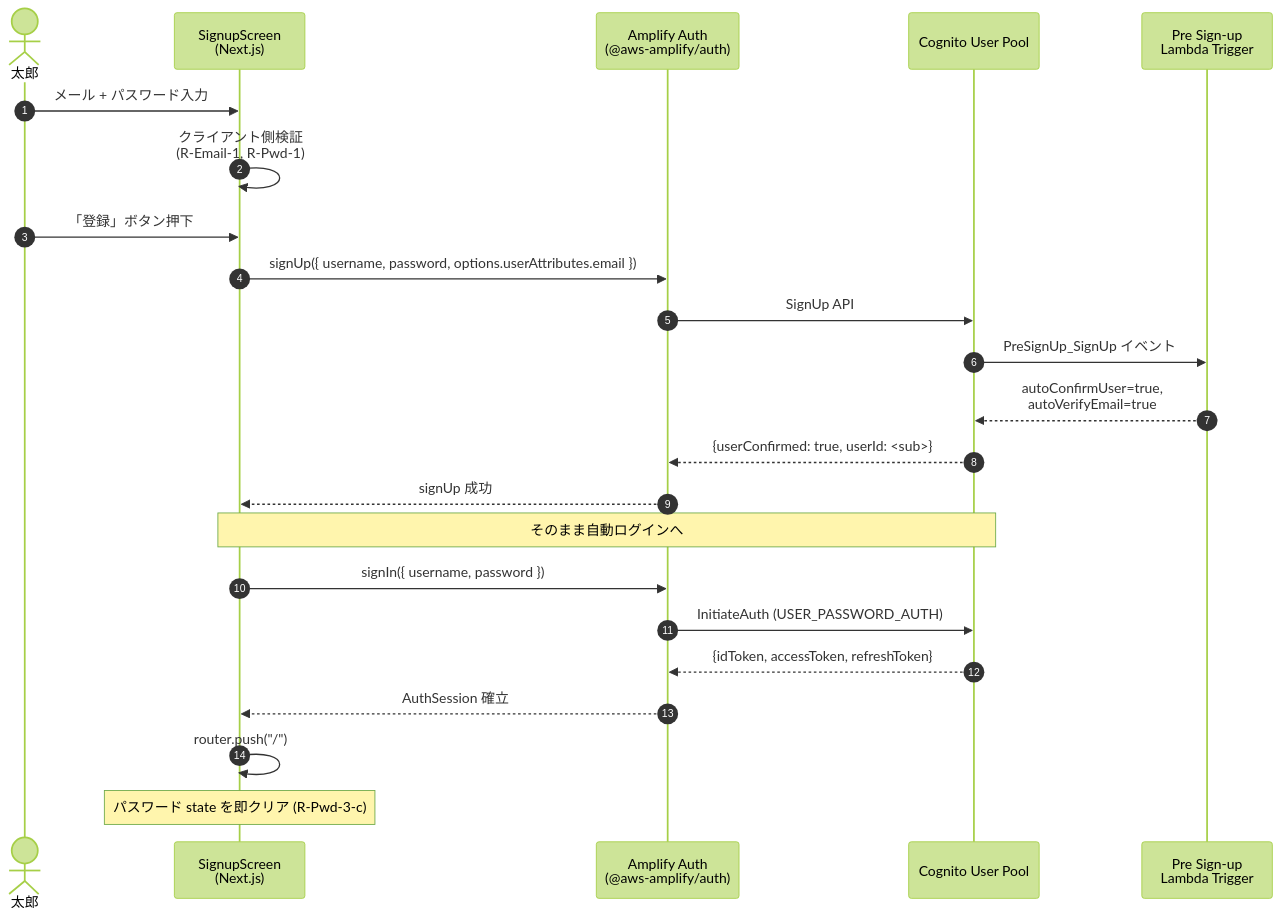
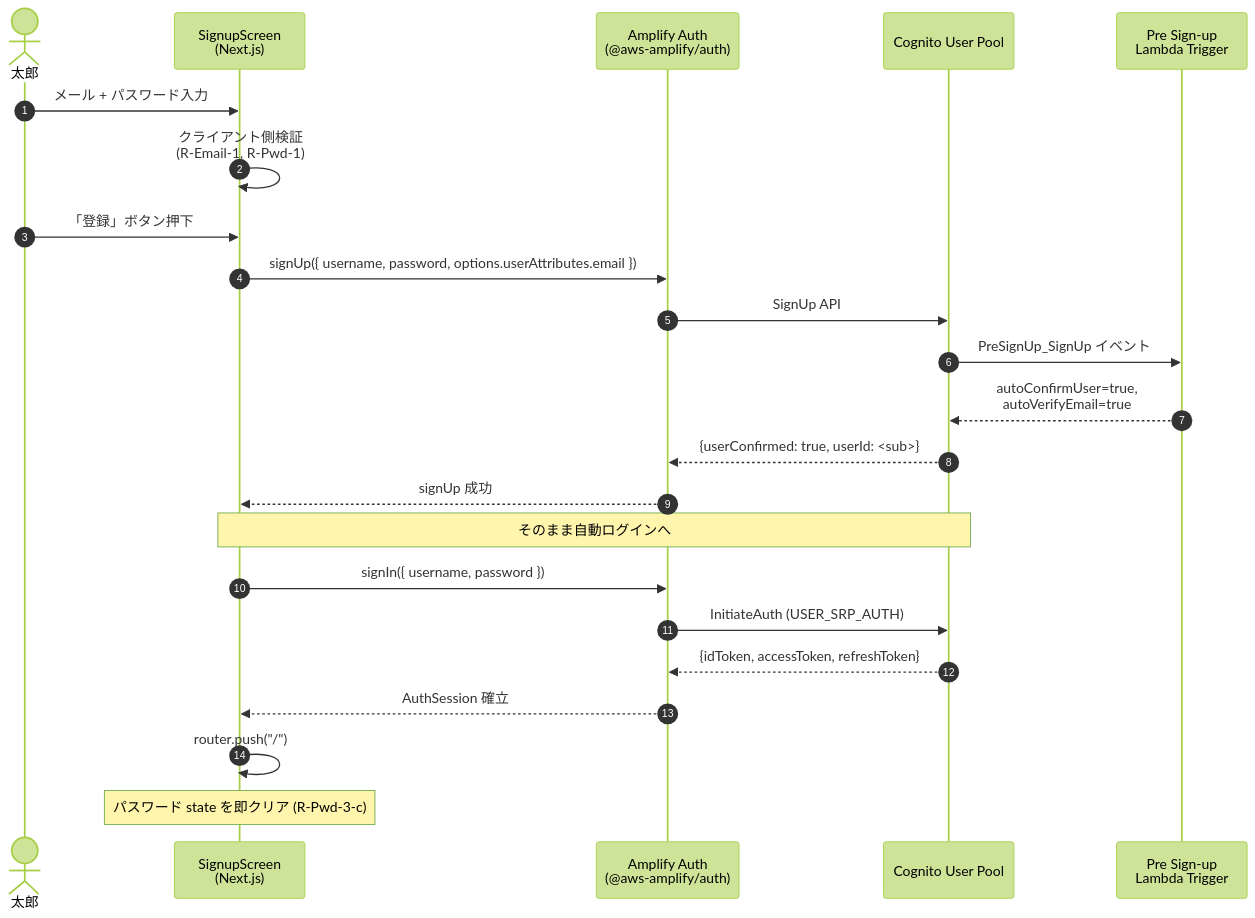
One commit to ryotinjpn/goro2pay changed the first of 6 diagrams in aidlc-docs/construction/auth/functional-design/business-logic-model.md. Above: the diagram before and after it, drawn with Mermaid (forest theme). The commit also changed other lines of this file and 3 other files, not shown here.

First line of the commit message:
👍 docs(aidlc): auth flow を USER_SRP_AUTH に統一

````diff
--- a/aidlc-docs/construction/auth/functional-design/business-logic-model.md
+++ b/aidlc-docs/construction/auth/functional-design/business-logic-model.md
@@ -69,29 +69,29 @@
 ```mermaid
 sequenceDiagram
     autonumber
     actor User as 太郎
     participant UI as SignupScreen<br/>(Next.js)
     participant Auth as Amplify Auth<br/>(@aws-amplify/auth)
     participant Cog as Cognito User Pool
     participant PreSU as Pre Sign-up<br/>Lambda Trigger
 
     User->>UI: メール + パスワード入力
     UI->>UI: クライアント側検証<br/>(R-Email-1, R-Pwd-1)
     User->>UI: 「登録」ボタン押下
     UI->>Auth: signUp({ username, password, options.userAttributes.email })
     Auth->>Cog: SignUp API
     Cog->>PreSU: PreSignUp_SignUp イベント
     PreSU-->>Cog: autoConfirmUser=true,<br/>autoVerifyEmail=true
     Cog-->>Auth: {userConfirmed: true, userId: <sub>}
     Auth-->>UI: signUp 成功
 
     Note over UI,Cog: そのまま自動ログインへ
 
     UI->>Auth: signIn({ username, password })
-    Auth->>Cog: InitiateAuth (USER_PASSWORD_AUTH)
+    Auth->>Cog: InitiateAuth (USER_SRP_AUTH)
     Cog-->>Auth: {idToken, accessToken, refreshToken}
     Auth-->>UI: AuthSession 確立
     UI->>UI: router.push("/")
 
     Note over UI: パスワード state を即クリア (R-Pwd-3-c)
 ```
````
